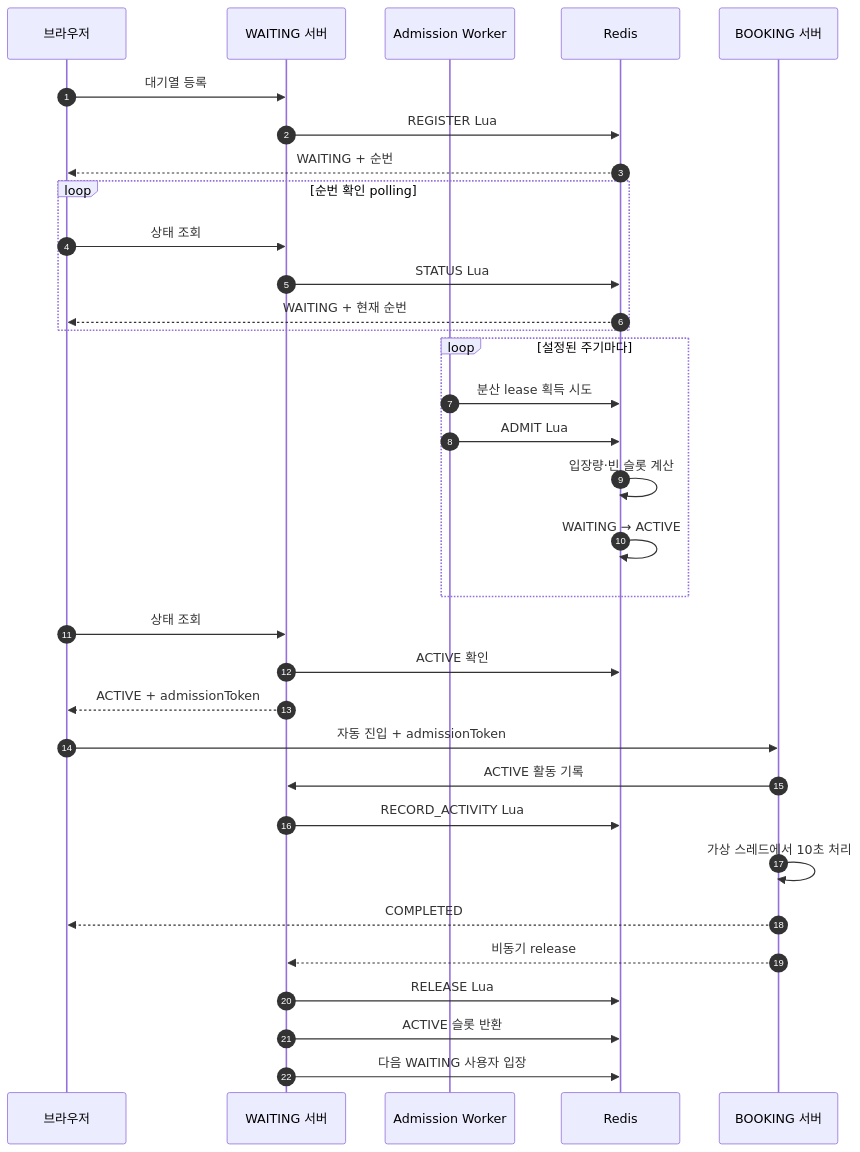
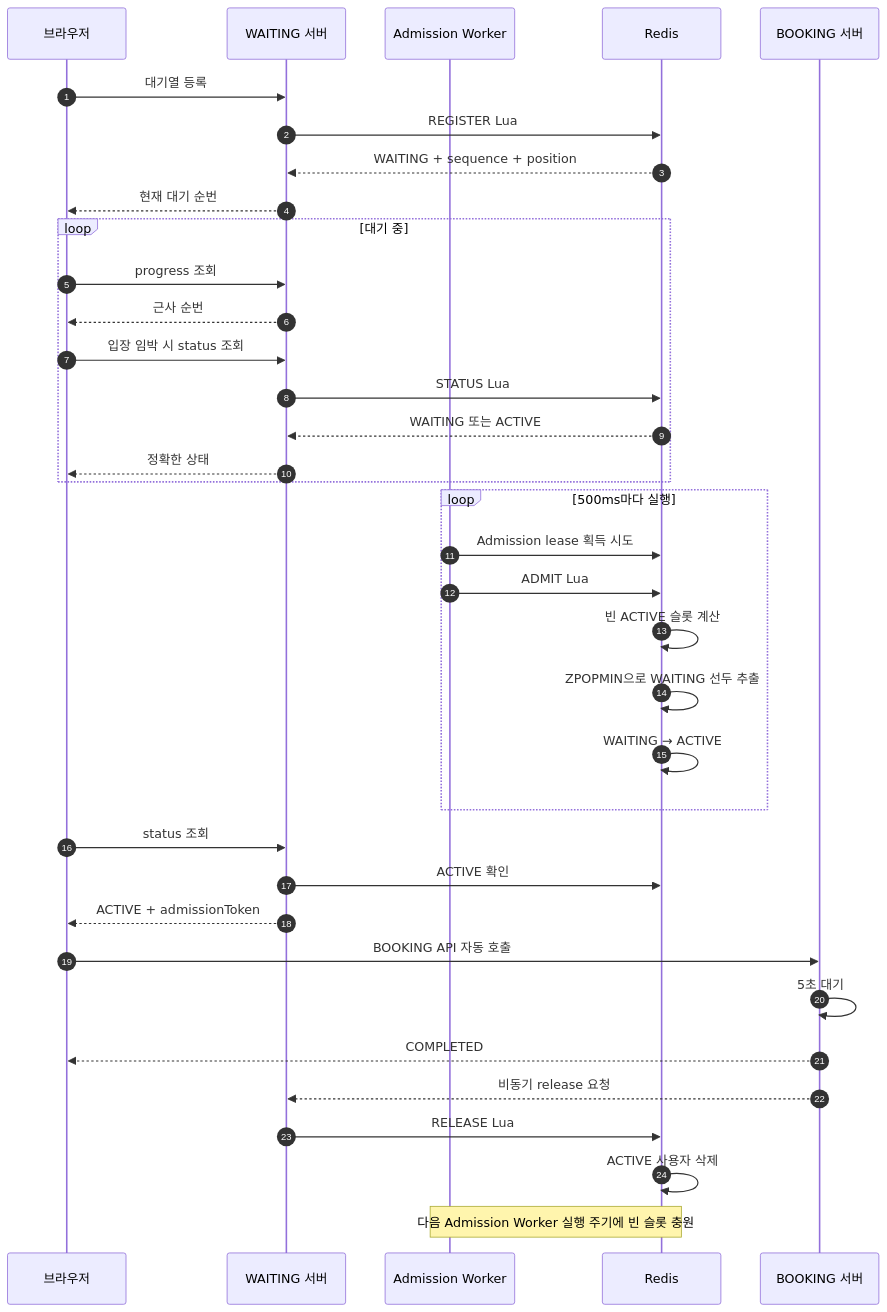
Before and after one commit to ssjjaa-algo/study_record: the diagram in system-architecture/queue/README.md, drawn with Mermaid. The commit also changed other lines of this file, not shown here.

Commit message:
Docs : Redis 대기열 README 작성

````diff
--- a/system-architecture/queue/README.md
+++ b/system-architecture/queue/README.md
@@ -7,41 +9,46 @@
 ```mermaid
 sequenceDiagram
     autonumber
     participant Browser as 브라우저
     participant Waiting as WAITING 서버
     participant Worker as Admission Worker
     participant Redis
     participant Booking as BOOKING 서버
 
     Browser->>Waiting: 대기열 등록
     Waiting->>Redis: REGISTER Lua
-    Redis-->>Browser: WAITING + 순번
+    Redis-->>Waiting: WAITING + sequence + position
+    Waiting-->>Browser: 현재 대기 순번
 
-    loop 순번 확인 polling
-        Browser->>Waiting: 상태 조회
+    loop 대기 중
+        Browser->>Waiting: progress 조회
+        Waiting-->>Browser: 근사 순번
+
+        Browser->>Waiting: 입장 임박 시 status 조회
         Waiting->>Redis: STATUS Lua
-        Redis-->>Browser: WAITING + 현재 순번
+        Redis-->>Waiting: WAITING 또는 ACTIVE
+        Waiting-->>Browser: 정확한 상태
     end
 
-    loop 설정된 주기마다
-        Worker->>Redis: 분산 lease 획득 시도
+    loop 500ms마다 실행
+        Worker->>Redis: Admission lease 획득 시도
         Worker->>Redis: ADMIT Lua
-        Redis->>Redis: 입장량·빈 슬롯 계산
+        Redis->>Redis: 빈 ACTIVE 슬롯 계산
+        Redis->>Redis: ZPOPMIN으로 WAITING 선두 추출
         Redis->>Redis: WAITING → ACTIVE
     end
 
-    Browser->>Waiting: 상태 조회
+    Browser->>Waiting: status 조회
     Waiting->>Redis: ACTIVE 확인
     Waiting-->>Browser: ACTIVE + admissionToken
 
-    Browser->>Booking: 자동 진입 + admissionToken
-    Booking->>Waiting: ACTIVE 활동 기록
-    Waiting->>Redis: RECORD_ACTIVITY Lua
-    Booking->>Booking: 가상 스레드에서 10초 처리
+    Browser->>Booking: BOOKING API 자동 호출
+    Booking->>Booking: 5초 대기
     Booking-->>Browser: COMPLETED
 
-    Booking-->>Waiting: 비동기 release
+    Booking-->>Waiting: 비동기 release 요청
     Waiting->>Redis: RELEASE Lua
-    Waiting->>Redis: ACTIVE 슬롯 반환
-    Waiting->>Redis: 다음 WAITING 사용자 입장
+    Redis->>Redis: ACTIVE 사용자 삭제
+
+    Note over Worker,Redis: 다음 Admission Worker 실행 주기에 빈 슬롯 충원
 ```
````
